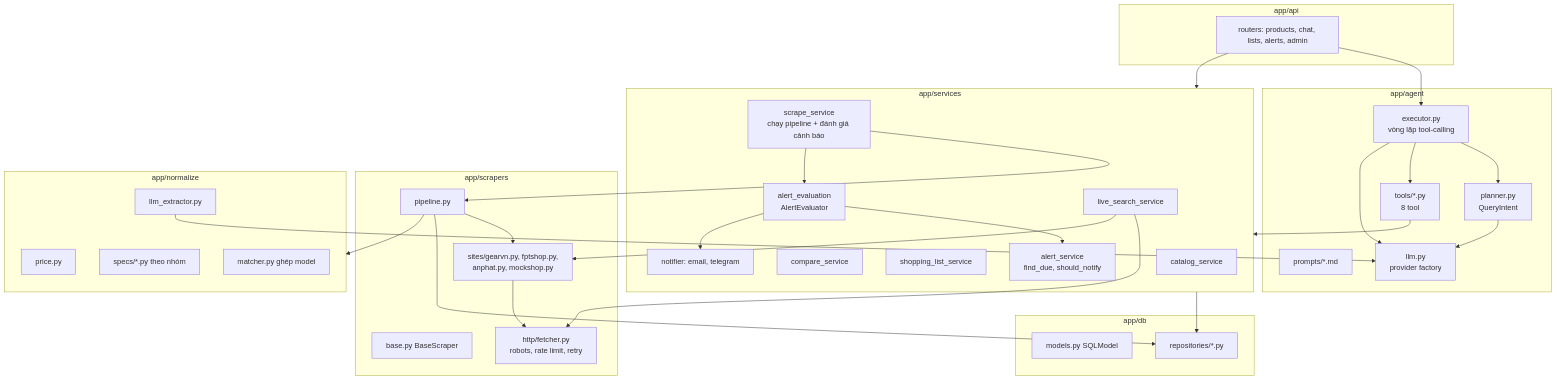
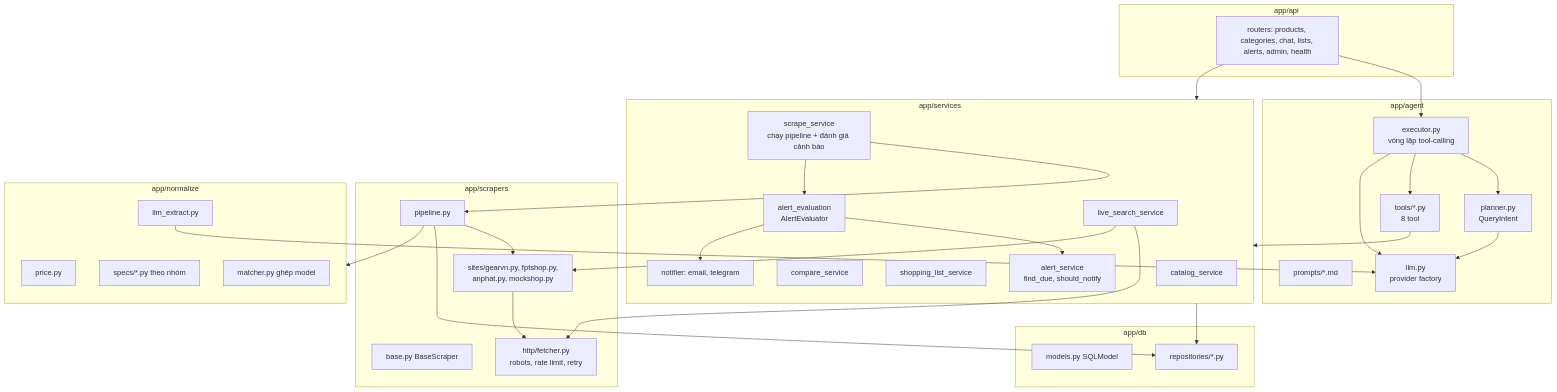
The third of 5 diagrams in docs/03-architecture.md (VUTIENTHANG2k4/product-buyer-agent), drawn with Mermaid before and after one commit. The commit also changed other lines of this file and 3 other files, not shown here.

First line of the commit message:
docs(T11.2): align README and architecture docs with the code after M10

````diff
--- a/docs/03-architecture.md
+++ b/docs/03-architecture.md
@@ -66,58 +66,58 @@
 ```mermaid
 flowchart TB
   subgraph api_layer[app/api]
-    routes[routers: products, chat, lists, alerts, admin]
+    routes[routers: products, categories, chat, lists, alerts, admin, health]
   end
   subgraph agent_layer[app/agent]
     planner[planner.py<br/>QueryIntent]
     executor[executor.py<br/>vòng lặp tool-calling]
     tools[tools/*.py<br/>8 tool]
     prompts[prompts/*.md]
     llmf[llm.py<br/>provider factory]
   end
   subgraph services[app/services]
     catalog[catalog_service]
     compare[compare_service]
     lists[shopping_list_service]
     alerts[alert_service<br/>find_due, should_notify]
     evaluator[alert_evaluation<br/>AlertEvaluator]
     live[live_search_service]
     notifier[notifier: email, telegram]
     scrapesvc[scrape_service<br/>chạy pipeline + đánh giá cảnh báo]
   end
   subgraph scraping[app/scrapers]
     base[base.py BaseScraper]
     fetcher[http/fetcher.py<br/>robots, rate limit, retry]
     sites[sites/gearvn.py, fptshop.py,<br/>anphat.py, mockshop.py]
     pipeline[pipeline.py]
   end
   subgraph normalize[app/normalize]
     price[price.py]
     specs[specs/*.py theo nhóm]
     matcher[matcher.py ghép model]
-    llmext[llm_extractor.py]
+    llmext[llm_extract.py]
   end
   subgraph data[app/db]
     models[models.py SQLModel]
     repos[repositories/*.py]
   end
   routes --> executor
   routes --> services
   executor --> planner
   executor --> tools
   tools --> services
   planner --> llmf
   executor --> llmf
   services --> repos
   live --> fetcher
   live --> sites
   pipeline --> sites
   sites --> fetcher
   pipeline --> normalize
   pipeline --> repos
   llmext --> llmf
   evaluator --> alerts
   evaluator --> notifier
   scrapesvc --> pipeline
   scrapesvc --> evaluator
 ```
````
